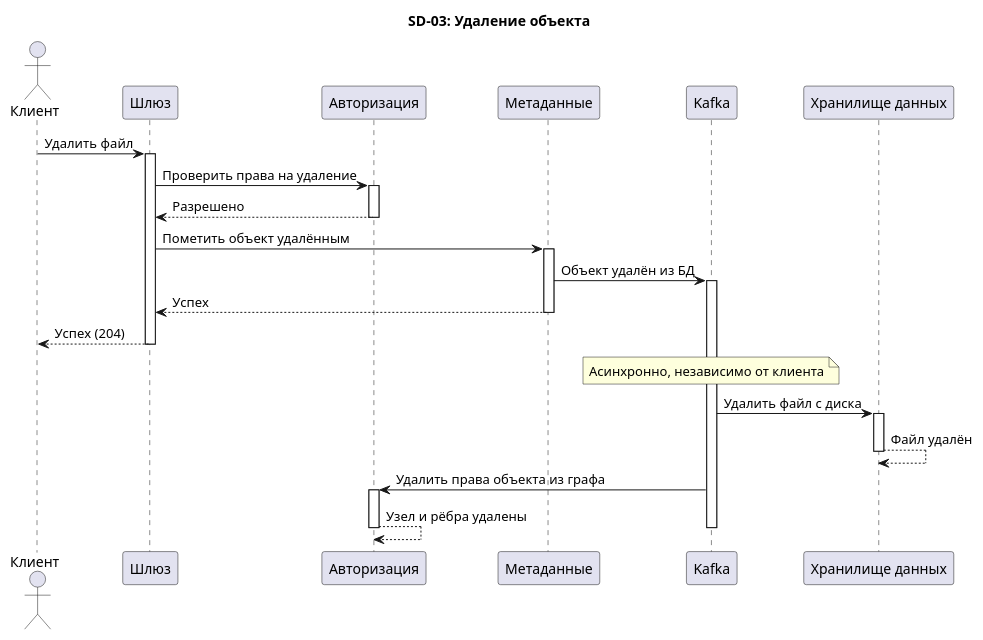
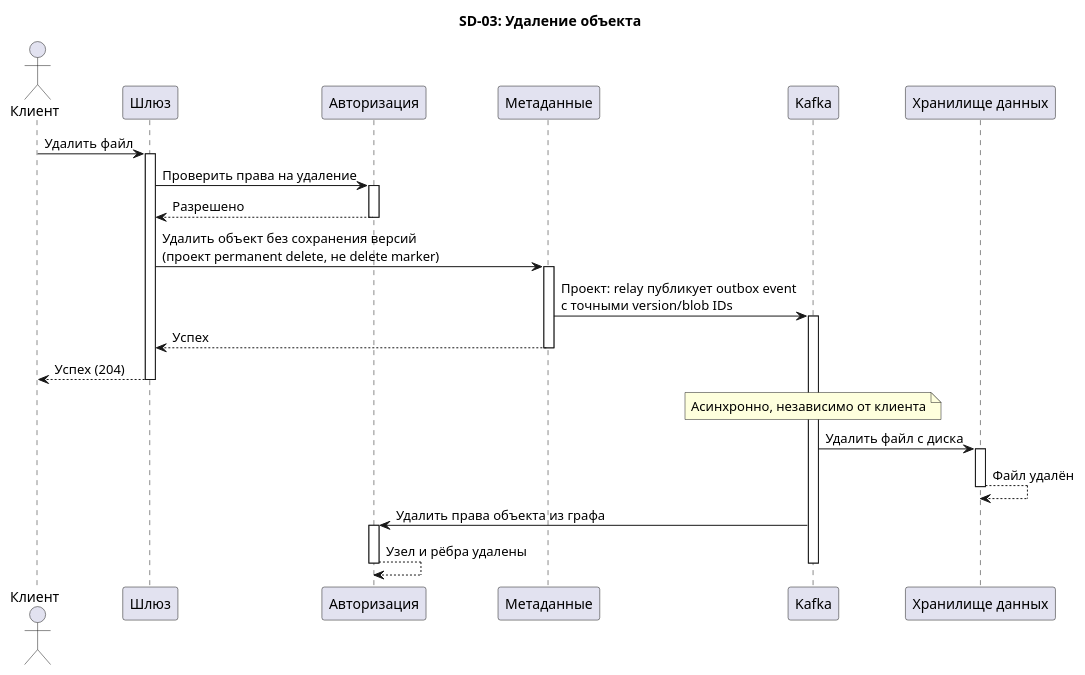
One commit to alesplll/opens3-rebac changed the third of 16 diagrams in docs/sequence_diagrams.md. Above: the diagram before and after it, drawn with PlantUML. The commit also changed other lines of this file and 21 other files, not shown here.

````diff
--- a/docs/sequence_diagrams.md
+++ b/docs/sequence_diagrams.md
@@ -103,45 +104,45 @@
 ```plantuml
 @startuml SD-03-DeleteObject
 title SD-03: Удаление объекта
 
 actor       "Клиент"   as Client
 participant "Шлюз"     as GW
 participant "Авторизация" as AZ
 participant "Метаданные" as MD
 participant "Kafka"    as KF
 participant "Хранилище данных" as DN
 
 Client -> GW : Удалить файл
 activate GW
 
 GW -> AZ : Проверить права на удаление
 activate AZ
 AZ --> GW : Разрешено
 deactivate AZ
 
-GW -> MD : Пометить объект удалённым
+GW -> MD : Удалить объект без сохранения версий\n(проект permanent delete, не delete marker)
 activate MD
-MD -> KF : Объект удалён из БД
+MD -> KF : Проект: relay публикует outbox event\nс точными version/blob IDs
 activate KF
 MD --> GW : Успех
 deactivate MD
 
 GW --> Client : Успех (204)
 deactivate GW
 
 note over KF : Асинхронно, независимо от клиента
 
 KF -> DN : Удалить файл с диска
 activate DN
 DN --> DN : Файл удалён
 deactivate DN
 
 KF -> AZ : Удалить права объекта из графа
 activate AZ
 AZ --> AZ : Узел и рёбра удалены
 deactivate AZ
 
 deactivate KF
 
 @enduml
 ```
````
